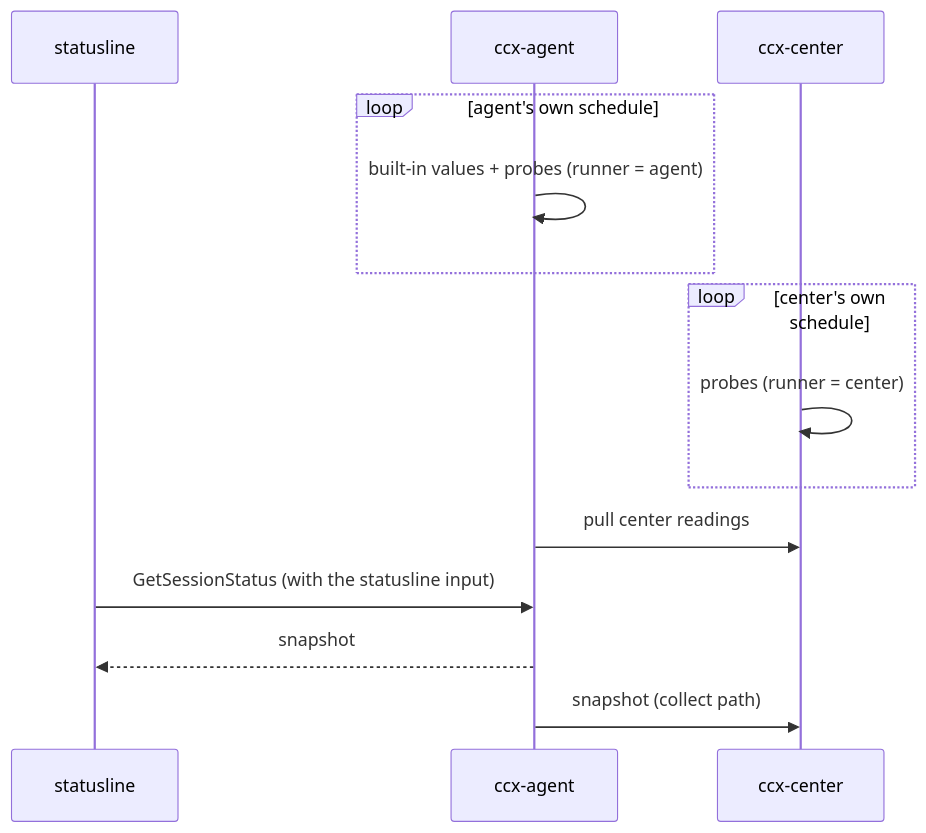
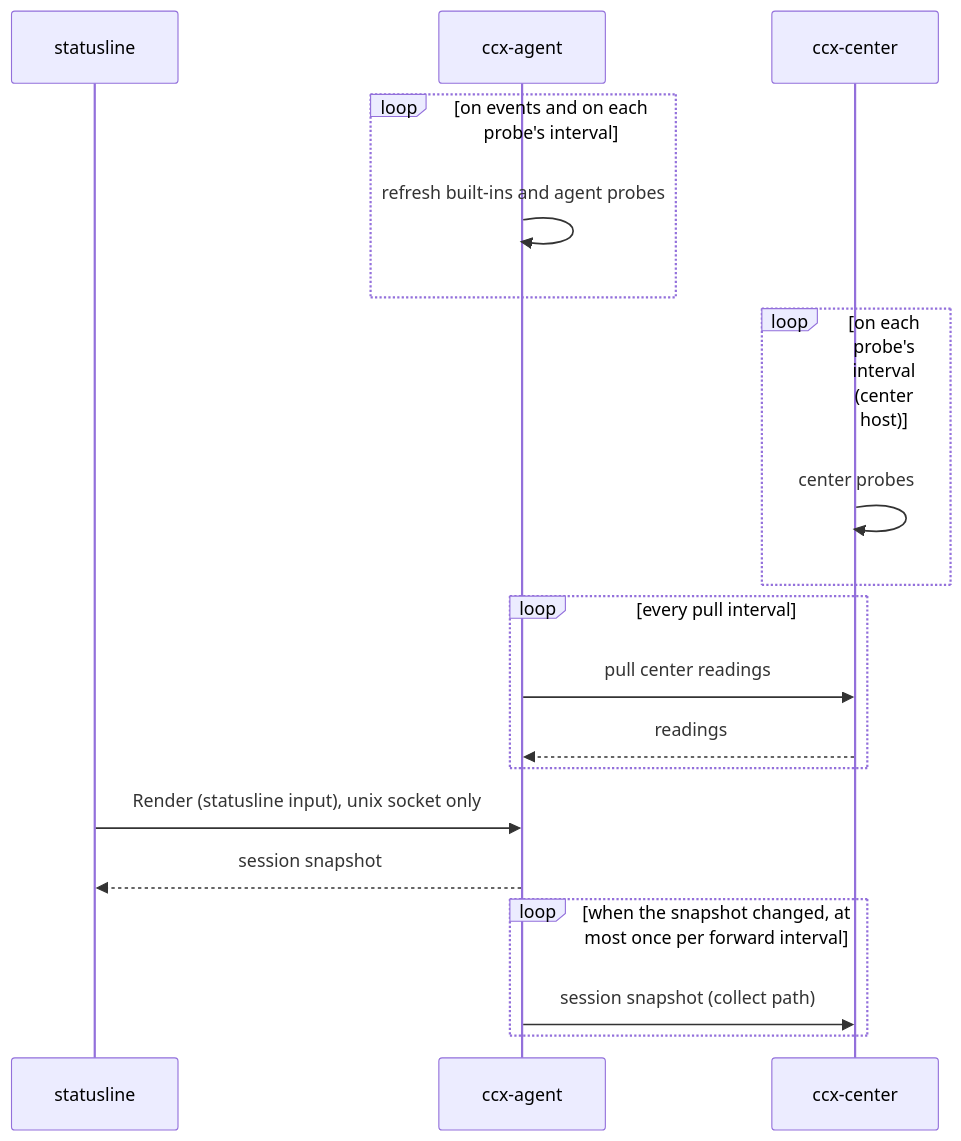
One commit to TakashiAihara/ccx changed the diagram in docs/design/statusline-snapshot.md. Above: the diagram before and after it, drawn with Mermaid. The commit also changed other lines of this file and 1 other file, not shown here.

First line of the commit message:
docs(design): answer the review of the statusline snapshot design

````diff
--- a/docs/design/statusline-snapshot.md
+++ b/docs/design/statusline-snapshot.md
@@ -25,16 +15,21 @@
 ```mermaid
 sequenceDiagram
     participant SL as statusline
     participant AG as ccx-agent
     participant CT as ccx-center
-    loop agent's own schedule
-        AG->>AG: built-in values + probes (runner = agent)
+    loop on events and on each probe's interval
+        AG->>AG: refresh built-ins and agent probes
     end
-    loop center's own schedule
-        CT->>CT: probes (runner = center)
+    loop on each probe's interval (center host)
+        CT->>CT: center probes
     end
-    AG->>CT: pull center readings
-    SL->>AG: GetSessionStatus (with the statusline input)
-    AG-->>SL: snapshot
-    AG->>CT: snapshot (collect path)
+    loop every pull interval
+        AG->>CT: pull center readings
+        CT-->>AG: readings
+    end
+    SL->>AG: Render (statusline input), unix socket only
+    AG-->>SL: session snapshot
+    loop when the snapshot changed, at most once per forward interval
+        AG->>CT: session snapshot (collect path)
+    end
 ```
````
